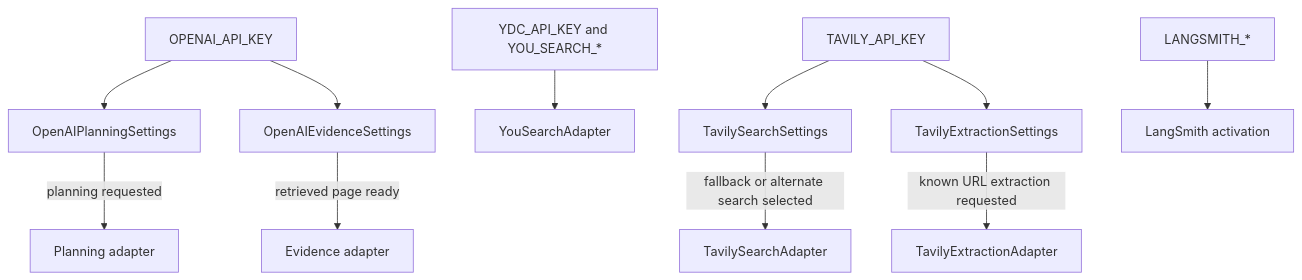
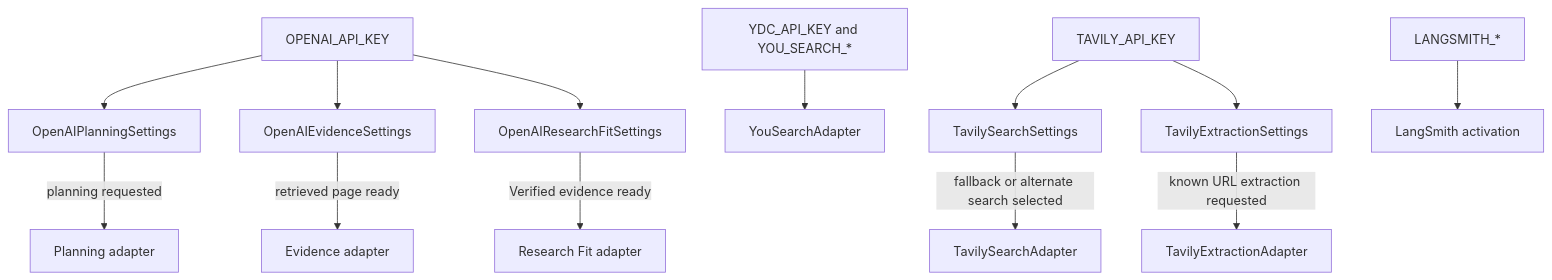
One commit to shanly-rajan/ai-builder changed diagram 14 of 15 in projects/scholar-path/docs/architecture.md. Above: the diagram before and after it, drawn with Mermaid. The commit also changed other lines of this file and 43 other files, not shown here.

Commit message:
feat: add Research Fit evaluation and shortlist synthesis

````diff
--- a/projects/scholar-path/docs/architecture.md
+++ b/projects/scholar-path/docs/architecture.md
@@ -425,13 +500,15 @@
 ```mermaid
 flowchart TB
     OAI[OPENAI_API_KEY] --> OP[OpenAIPlanningSettings]
     OAI --> OE[OpenAIEvidenceSettings]
+    OAI --> ORF[OpenAIResearchFitSettings]
     OP -->|planning requested| OPA[Planning adapter]
     OE -->|retrieved page ready| OEA[Evidence adapter]
+    ORF -->|Verified evidence ready| ORFA[Research Fit adapter]
     YDC[YDC_API_KEY and YOU_SEARCH_*] --> YOU[YouSearchAdapter]
     TKEY[TAVILY_API_KEY] --> TS[TavilySearchSettings]
     TKEY --> TE[TavilyExtractionSettings]
     TS -->|fallback or alternate search selected| TSA[TavilySearchAdapter]
     TE -->|known URL extraction requested| TEA[TavilyExtractionAdapter]
     LS[LANGSMITH_*] --> LSC[LangSmith activation]
 ```
````
